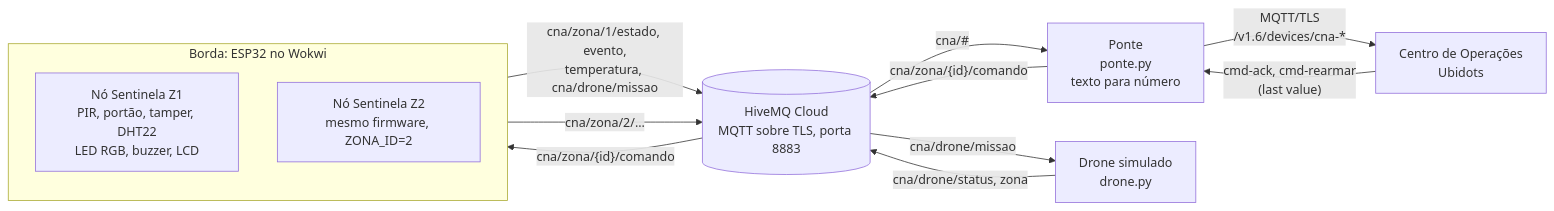
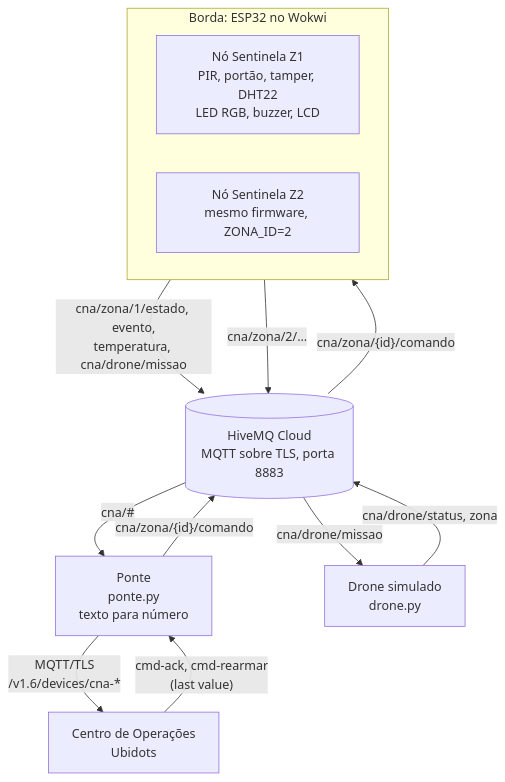
One commit to mykofonseca/cna-sentinela-edge changed the diagram in docs/arquitetura.mmd. Above: the diagram before and after it, drawn with Mermaid. The commit also changed 6 other files, not shown here.

Commit message:
Adiciona relatório em DOCX e PDF e ajusta diagramas para leitura no documento

```diff
--- a/docs/arquitetura.mmd
+++ b/docs/arquitetura.mmd
@@ -1,20 +1,20 @@
-flowchart LR
+flowchart TB
   subgraph BORDA["Borda: ESP32 no Wokwi"]
-    direction TB
+    direction LR
     Z1["Nó Sentinela Z1<br/>PIR, portão, tamper, DHT22<br/>LED RGB, buzzer, LCD"]
     Z2["Nó Sentinela Z2<br/>mesmo firmware, ZONA_ID=2"]
   end
   B[("HiveMQ Cloud<br/>MQTT sobre TLS, porta 8883")]
   P["Ponte<br/>ponte.py<br/>texto para número"]
   U["Centro de Operações<br/>Ubidots"]
   D["Drone simulado<br/>drone.py"]
 
   Z1 -- "cna/zona/1/estado, evento,<br/>temperatura, cna/drone/missao" --> B
   Z2 -- "cna/zona/2/..." --> B
   B -- "cna/zona/{id}/comando" --> BORDA
   B -- "cna/#" --> P
   P -- "cna/zona/{id}/comando" --> B
   P -- "MQTT/TLS<br/>/v1.6/devices/cna-*" --> U
   U -- "cmd-ack, cmd-rearmar<br/>(last value)" --> P
   B -- "cna/drone/missao" --> D
   D -- "cna/drone/status, zona" --> B
```
